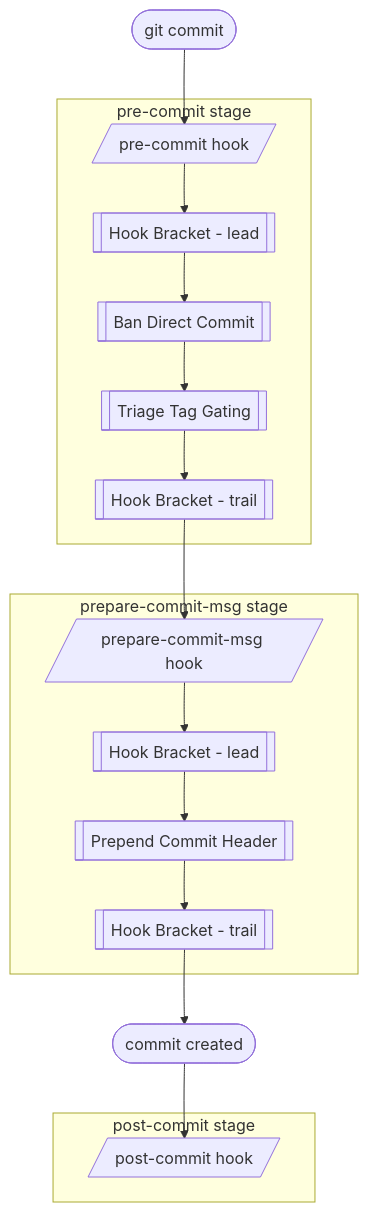
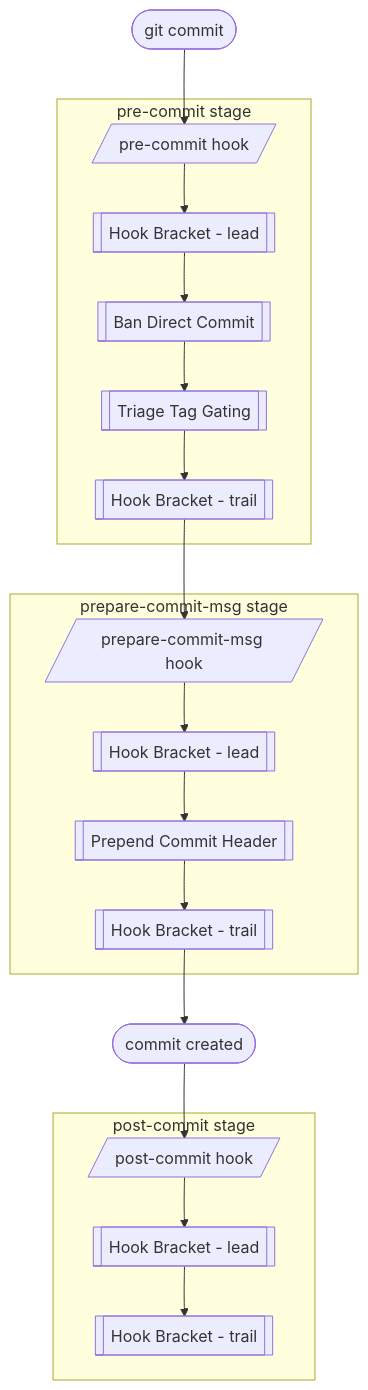
The diagram in docs/flow_doc.md (kami-lel/hupy), drawn with Mermaid before and after one commit. The commit also changed other lines of this file, not shown here.

First line of the commit message:
update Flowchart postcommit graph, remove stub-stage doc lines

````diff
--- a/docs/flow_doc.md
+++ b/docs/flow_doc.md
@@ -5,28 +5,29 @@
 ```mermaid
 flowchart TD
     commit([git commit])
 
     %% pre-commit stage
     subgraph precommit [pre-commit stage]
         pre[/pre-commit hook/] --> lead1[[Hook Bracket - lead]]
         lead1 --> bdc[[Ban Direct Commit]] --> ttg[[Triage Tag Gating]]
         ttg --> trail1[[Hook Bracket - trail]]
     end
 
     %% prepare-commit-msg stage
     subgraph preparemsg [prepare-commit-msg stage]
         prep[/prepare-commit-msg hook/] --> lead2[[Hook Bracket - lead]]
         lead2 --> pch[[Prepend Commit Header]]
         pch --> trail2[[Hook Bracket - trail]]
     end
 
     %% post-commit stage
     subgraph postcommit [post-commit stage]
-        post[/post-commit hook/]
+        post[/post-commit hook/] --> lead3[[Hook Bracket - lead]]
+        lead3 --> trail3[[Hook Bracket - trail]]
     end
 
     commit --> pre
     trail1 --> prep
     trail2 --> created([commit created])
     created --> post
 ```
````
